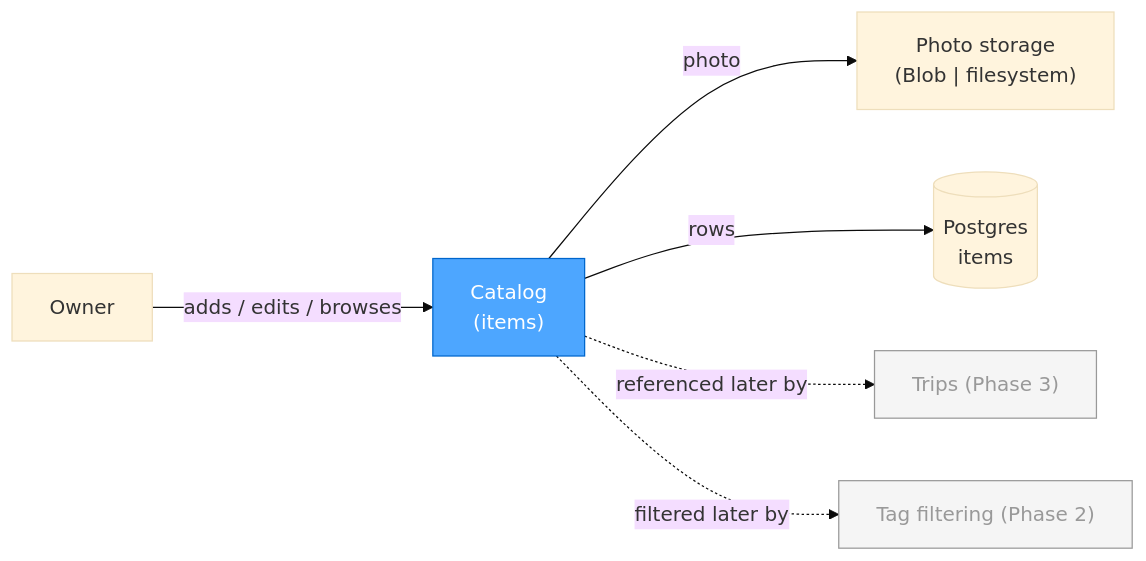
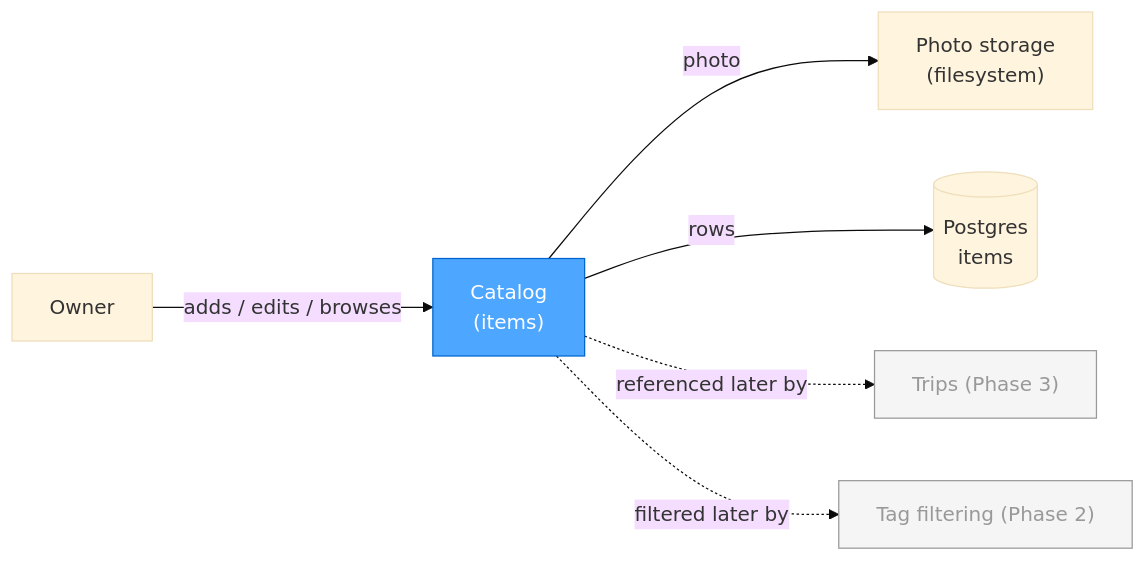
The diagram in specs/catalog/README.md (nnworkspace/sil), drawn with Mermaid (base theme) before and after one commit. The commit also changed other lines of this file and 36 other files, not shown here.

````diff
--- a/specs/catalog/README.md
+++ b/specs/catalog/README.md
@@ -46,12 +46,12 @@
 ```mermaid
 graph LR
     OWNER["Owner"] -->|"adds / edits / browses"| CATALOG["Catalog<br/>(items)"]
-    CATALOG -->|"photo"| STORE["Photo storage<br/>(Blob | filesystem)"]
+    CATALOG -->|"photo"| STORE["Photo storage<br/>(filesystem)"]
     CATALOG -->|"rows"| DB[("Postgres<br/>items")]
     CATALOG -. "referenced later by" .-> TRIPS["Trips (Phase 3)"]
     CATALOG -. "filtered later by" .-> TAGS["Tag filtering (Phase 2)"]
 
     style CATALOG fill:#4da6ff,stroke:#0066cc,color:#fff
     style TRIPS fill:#f5f5f5,stroke:#999,color:#999
     style TAGS fill:#f5f5f5,stroke:#999,color:#999
 ```
````
